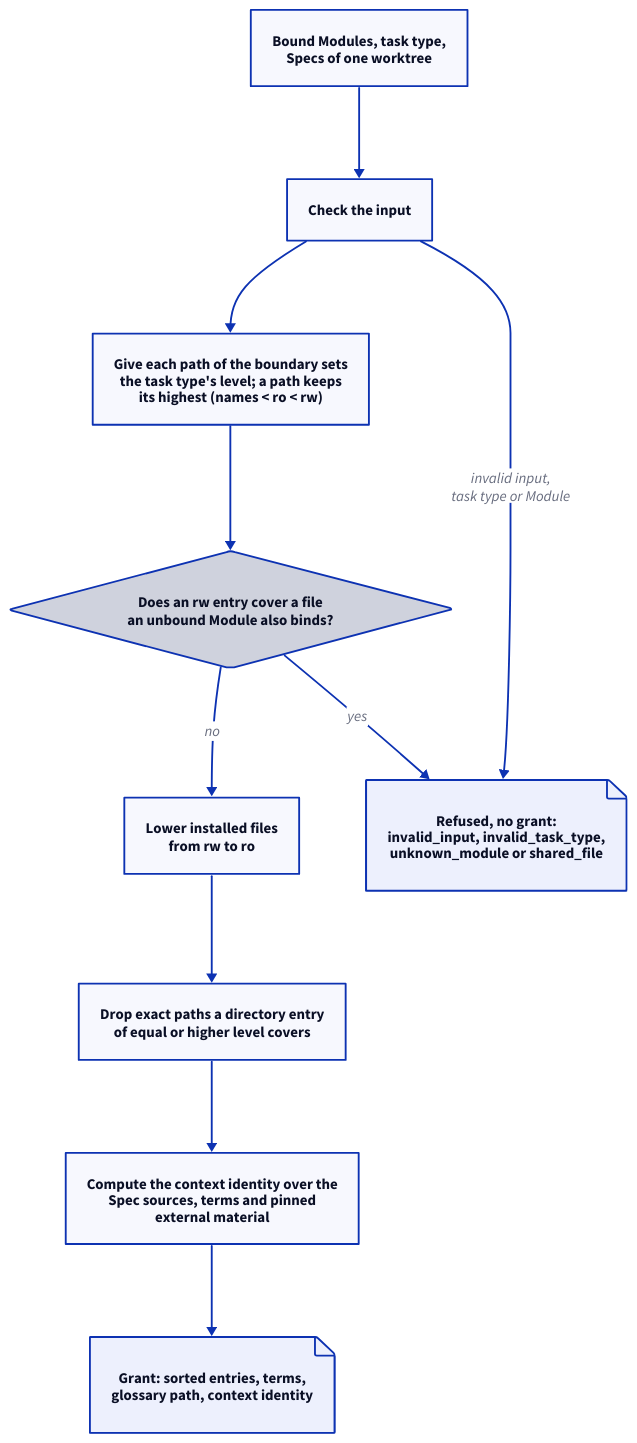
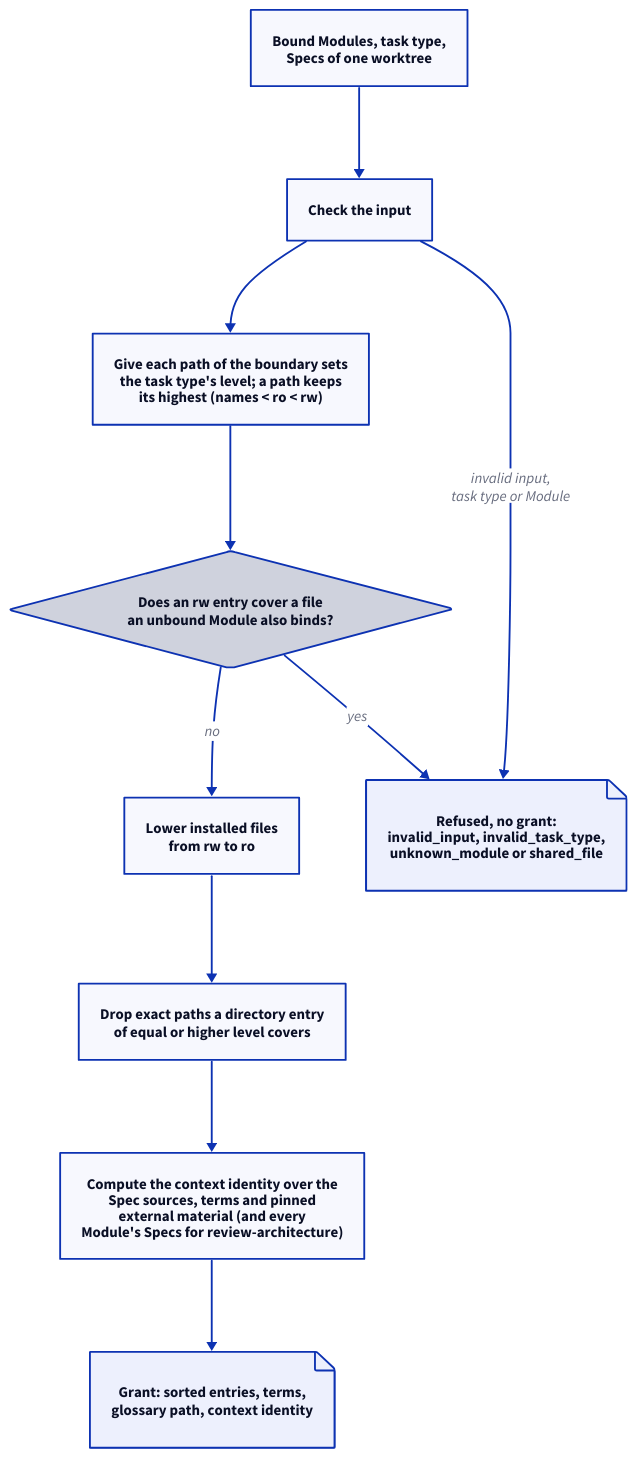
The fourth of 5 diagrams in specs/concorde/spec-tooling/spec/module.md (FTOD/concorde), drawn with D2 before and after one commit. The commit also changed other lines of this file and 32 other files, not shown here.

First line of the commit message:
Protocol 16.1: evaluating a Spec, and the review-architecture task type

````diff
--- a/specs/concorde/spec-tooling/spec/module.md
+++ b/specs/concorde/spec-tooling/spec/module.md
@@ -373,18 +378,18 @@
 ```d2 illustrative
 direction: down
 input: "Bound Modules, task type,\nSpecs of one worktree"
 check: "Check the input"
 levels: "Give each path of the boundary sets\nthe task type's level; a path keeps\nits highest (names < ro < rw)"
 shared: "Does an rw entry cover a file\nan unbound Module also binds?" {shape: diamond}
 installed: "Lower installed files\nfrom rw to ro"
 drop: "Drop exact paths a directory entry\nof equal or higher level covers"
-identity: "Compute the context identity over the\nSpec sources, terms and pinned\nexternal material"
+identity: "Compute the context identity over the\nSpec sources, terms and pinned\nexternal material (and every\nModule's Specs for review-architecture)"
 grant: "Grant: sorted entries, terms,\nglossary path, context identity" {shape: page}
 refused: "Refused, no grant:\ninvalid_input, invalid_task_type,\nunknown_module or shared_file" {shape: page}
 
 input -> check -> levels -> shared
 shared -> installed: no
 installed -> drop -> identity -> grant
 check -> refused: invalid input,\ntask type or Module
 shared -> refused: yes
 ```
````
